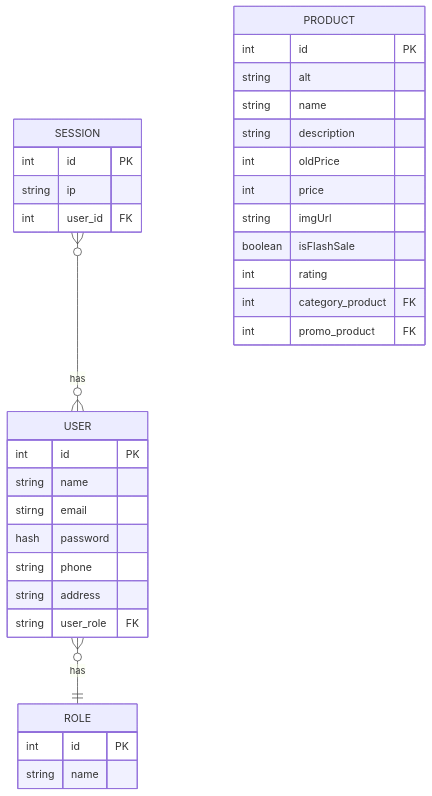
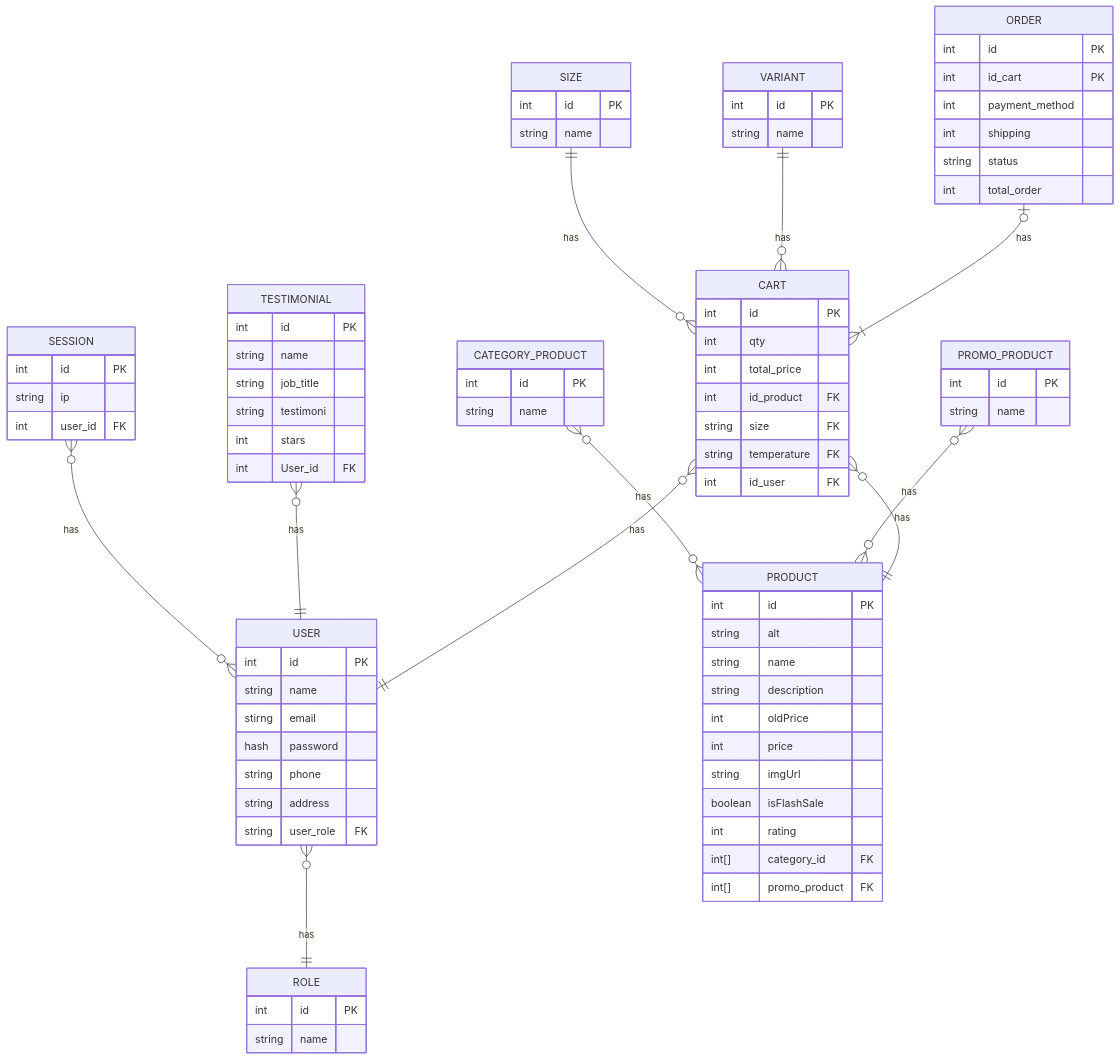
The diagram in README.md (Arif14377/koda-b6-db), drawn with Mermaid before and after one commit.

Commit message:
feat: add Order table

````diff
--- a/README.md
+++ b/README.md
@@ -34,8 +34,64 @@
         string imgUrl
         boolean isFlashSale
         int rating
-        int category_product FK
-        int promo_product FK
+        int[] category_id FK
+        int[] promo_product FK
+    }
+
+    CATEGORY_PRODUCT }o--o{ PRODUCT : has
+    CATEGORY_PRODUCT {
+        int id PK
+        string name
+    }
+
+    PROMO_PRODUCT }o--o{ PRODUCT : has
+    PROMO_PRODUCT {
+        int id PK
+        string name
+    }
+
+    TESTIMONIAL }o--|| USER : has
+    TESTIMONIAL {
+        int id PK
+        string name
+        string job_title
+        string testimoni
+        int stars
+        int User_id FK
+    }
+
+    CART }o--|| PRODUCT : has
+    CART }o--|| USER : has
+    CART {
+        int id PK
+        int qty
+        int total_price
+        int id_product FK
+        string size FK
+        string temperature FK
+        int id_user FK
+    }
+
+    SIZE ||--o{ CART : has
+    SIZE {
+        int id PK
+        string name
+    }
+
+    VARIANT ||--o{ CART : has
+    VARIANT {
+        int id PK
+        string name
+    }
+
+    ORDER |o--|{ CART : has
+    ORDER {
+        int id PK
+        int id_cart PK
+        int payment_method
+        int shipping
+        string status
+        int total_order
     }
 
 ```
````
